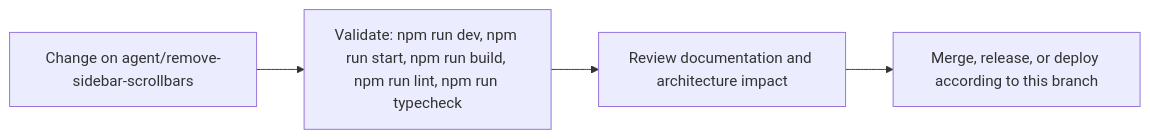
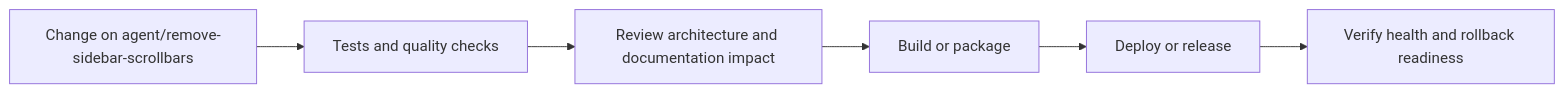
The fourth of 5 diagrams in README.md (Nischhalsubba/BindForge-NW), drawn with Mermaid before and after one commit. The commit also changed other lines of this file, not shown here.

````diff
--- a/README.md
+++ b/README.md
@@ -71,8 +147,8 @@
 ```mermaid
 flowchart LR
-    CHANGE["Change on agent/remove-sidebar-scrollbars"]
-    CHECK["Validate: npm run dev, npm run start, npm run build, npm run lint, npm run typecheck"]
-    REVIEW["Review documentation and architecture impact"]
-    RELEASE["Merge, release, or deploy according to this branch"]
-    CHANGE --> CHECK --> REVIEW --> RELEASE
+    CHANGE["Change on agent/remove-sidebar-scrollbars"] --> CHECK["Tests and quality checks"]
+    CHECK --> REVIEW["Review architecture and documentation impact"]
+    REVIEW --> BUILD["Build or package"]
+    BUILD --> DEPLOY["Deploy or release"]
+    DEPLOY --> VERIFY["Verify health and rollback readiness"]
 ```
````
